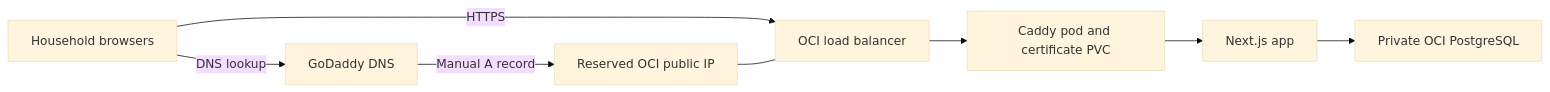
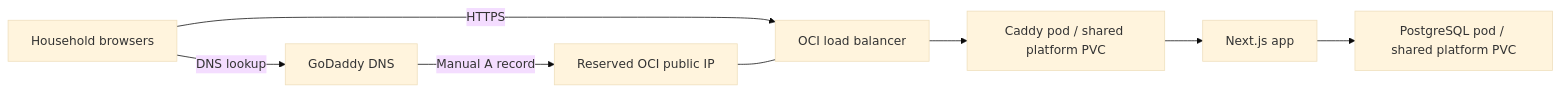
One commit to eshneken/family-grocery-list changed the diagram in README.md. Above: the diagram before and after it, drawn with Mermaid (base theme). The commit also changed other lines of this file and 54 other files, not shown here.

Commit message:
Implement isolated Always Free OKE and PostgreSQL platform

````diff
--- a/README.md
+++ b/README.md
@@ -61,10 +61,10 @@
 ```mermaid
 flowchart LR
     Browser[Household browsers] -->|DNS lookup| DNS[GoDaddy DNS]
     DNS -->|Manual A record| IP[Reserved OCI public IP]
     Browser -->|HTTPS| LB[OCI load balancer]
     IP --- LB
-    LB --> Caddy[Caddy pod and certificate PVC]
+    LB --> Caddy[Caddy pod / shared platform PVC]
     Caddy --> App[Next.js app]
-    App --> DB[Private OCI PostgreSQL]
+    App --> DB[PostgreSQL pod / shared platform PVC]
 ```
````
